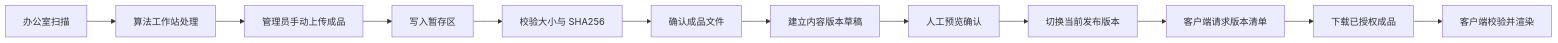
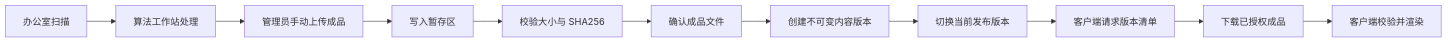
One commit to dailiuyi/innovation-ar-resource-platform changed the sixth of 6 diagrams in docs/11-current-platform-architecture.md. Above: the diagram before and after it, drawn with Mermaid. The commit also changed other lines of this file and 26 other files, not shown here.

````diff
--- a/docs/11-current-platform-architecture.md
+++ b/docs/11-current-platform-architecture.md
@@ -174,14 +174,13 @@
 ```mermaid
 flowchart LR
     Scan[办公室扫描] --> Process[算法工作站处理]
     Process --> Upload[管理员手动上传成品]
     Upload --> Stage[写入暂存区]
     Stage --> Verify[校验大小与 SHA256]
     Verify --> Commit[确认成品文件]
-    Commit --> Draft[建立内容版本草稿]
-    Draft --> Preview[人工预览确认]
-    Preview --> Publish[切换当前发布版本]
+    Commit --> Version[创建不可变内容版本]
+    Version --> Publish[切换当前发布版本]
     Publish --> Manifest[客户端请求版本清单]
     Manifest --> Download[下载已授权成品]
     Download --> Render[客户端校验并渲染]
 ```
````
